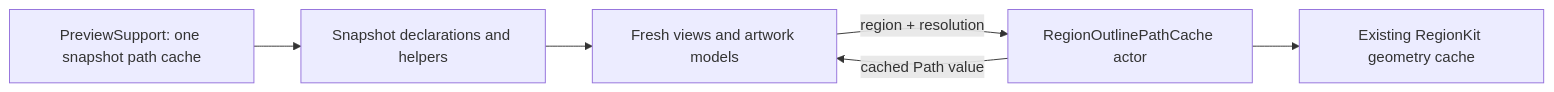
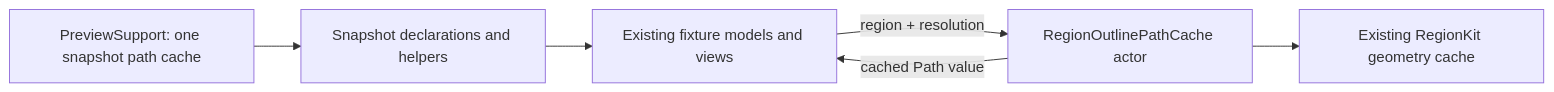
Before and after one commit to kyleve/Stuff: the diagram in Plans/2026-11-17-snapshot-artwork/01-shared-cache.md, drawn with Mermaid. The commit also changed other lines of this file and 19 other files, not shown here.

````diff
--- a/Plans/2026-11-17-snapshot-artwork/01-shared-cache.md
+++ b/Plans/2026-11-17-snapshot-artwork/01-shared-cache.md
@@ -11,8 +11,8 @@
 ```mermaid
 flowchart LR
     P["PreviewSupport: one snapshot path cache"] --> C["Snapshot declarations and helpers"]
-    C --> V["Fresh views and artwork models"]
+    C --> V["Existing fixture models and views"]
     V -->|"region + resolution"| A["RegionOutlinePathCache actor"]
     A --> G["Existing RegionKit geometry cache"]
     A -->|"cached Path value"| V
 ```
````
